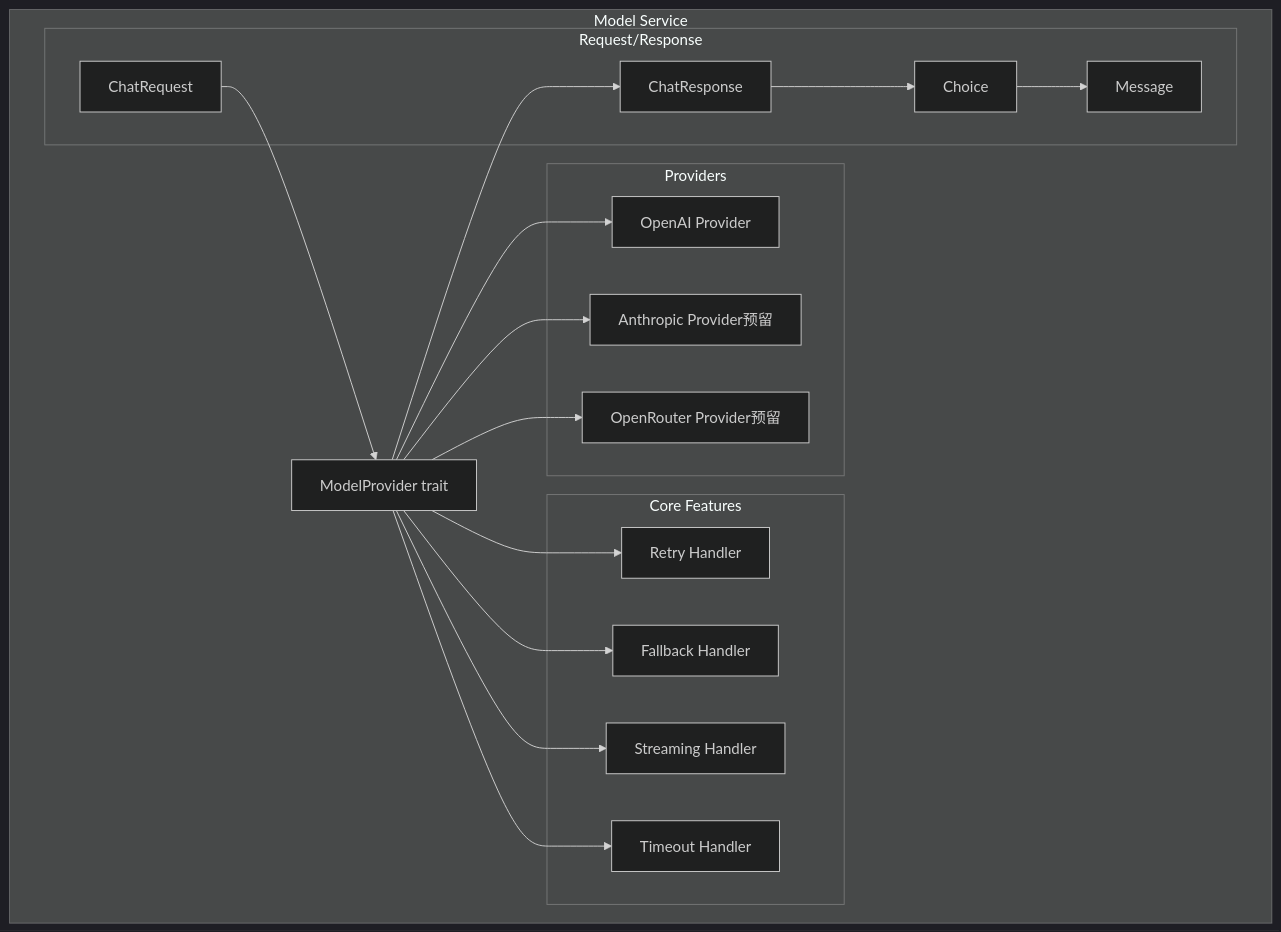
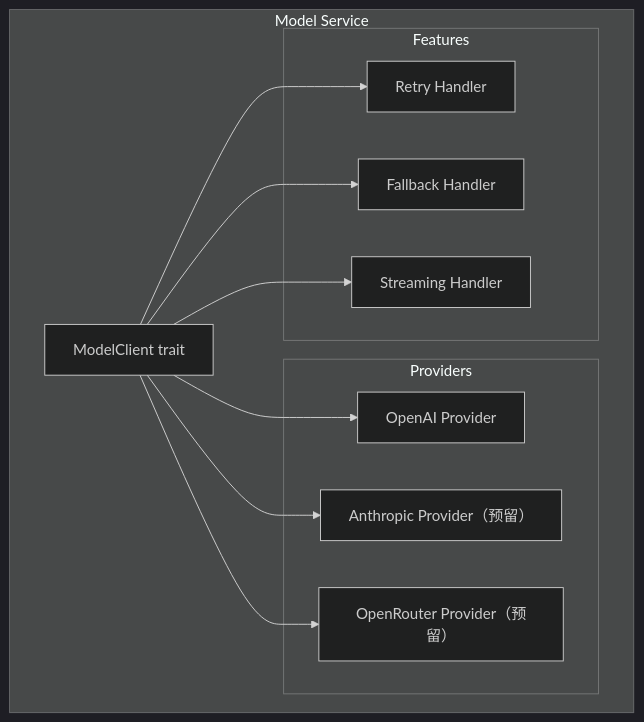
Before and after one commit to MiyakoMeow/neco: the first of 4 diagrams in progress/TECH-MODEL.md, drawn with Mermaid (dark theme). The commit also changed other lines of this file and 11 other files, not shown here.

````diff
--- a/progress/TECH-MODEL.md
+++ b/progress/TECH-MODEL.md
@@ -20,40 +13,26 @@
 ```mermaid
 graph TB
     subgraph "Model Service"
-        MC[ModelProvider trait]
+        MC[ModelClient trait]
         
         subgraph "Providers"
             OP[OpenAI Provider]
-            AP[Anthropic Provider预留]
-            ORP[OpenRouter Provider预留]
+            AP[Anthropic Provider（预留）]
+            ORP[OpenRouter Provider（预留）]
         end
         
-        subgraph "Core Features"
+        subgraph "Features"
             RT[Retry Handler]
             FB[Fallback Handler]
             ST[Streaming Handler]
-            TO[Timeout Handler]
-        end
-        
-        subgraph "Request/Response"
-            REQ[ChatRequest]
-            RES[ChatResponse]
-            CH[Choice]
-            MSG[Message]
         end
     end
     
     MC --> OP
     MC --> AP
     MC --> ORP
     
     MC --> RT
     MC --> FB
     MC --> ST
-    MC --> TO
-    
-    REQ --> MC
-    MC --> RES
-    RES --> CH
-    CH --> MSG
 ```
````
